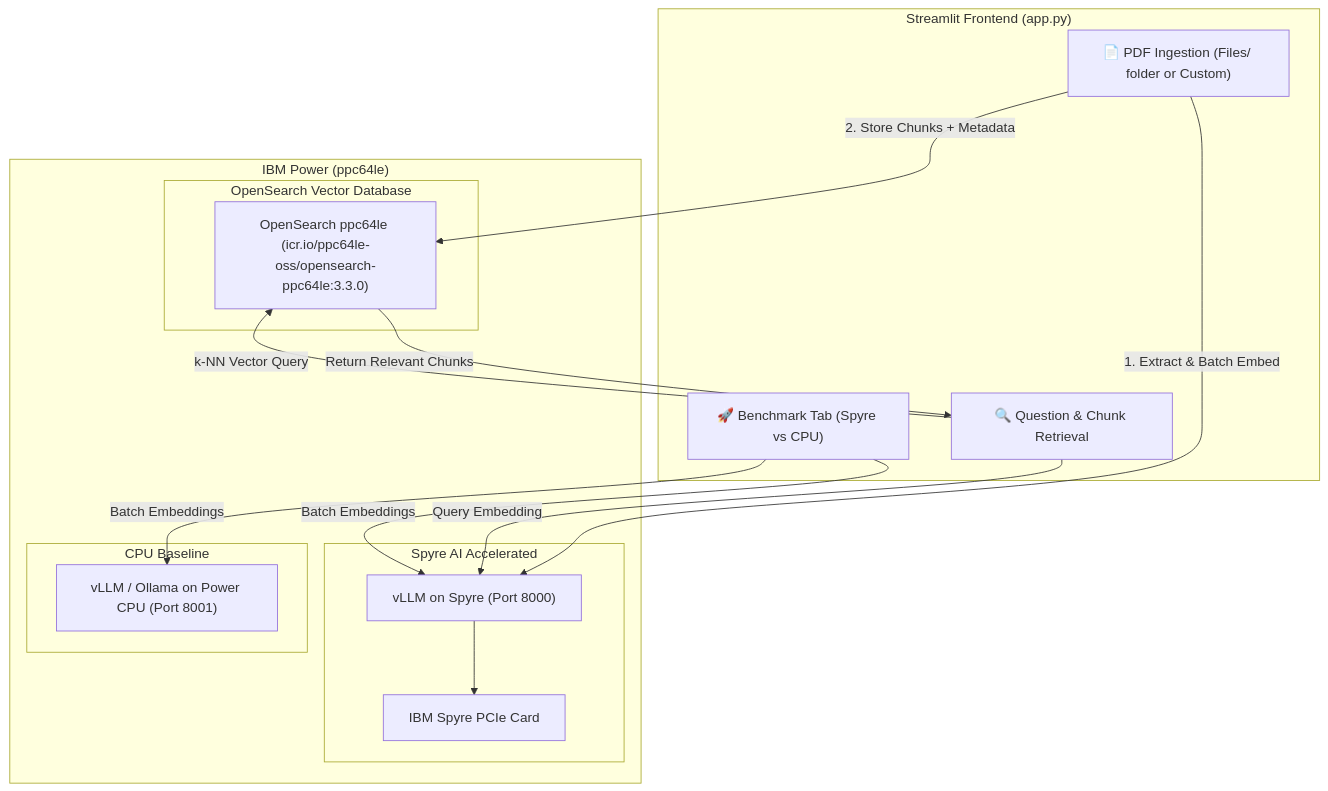
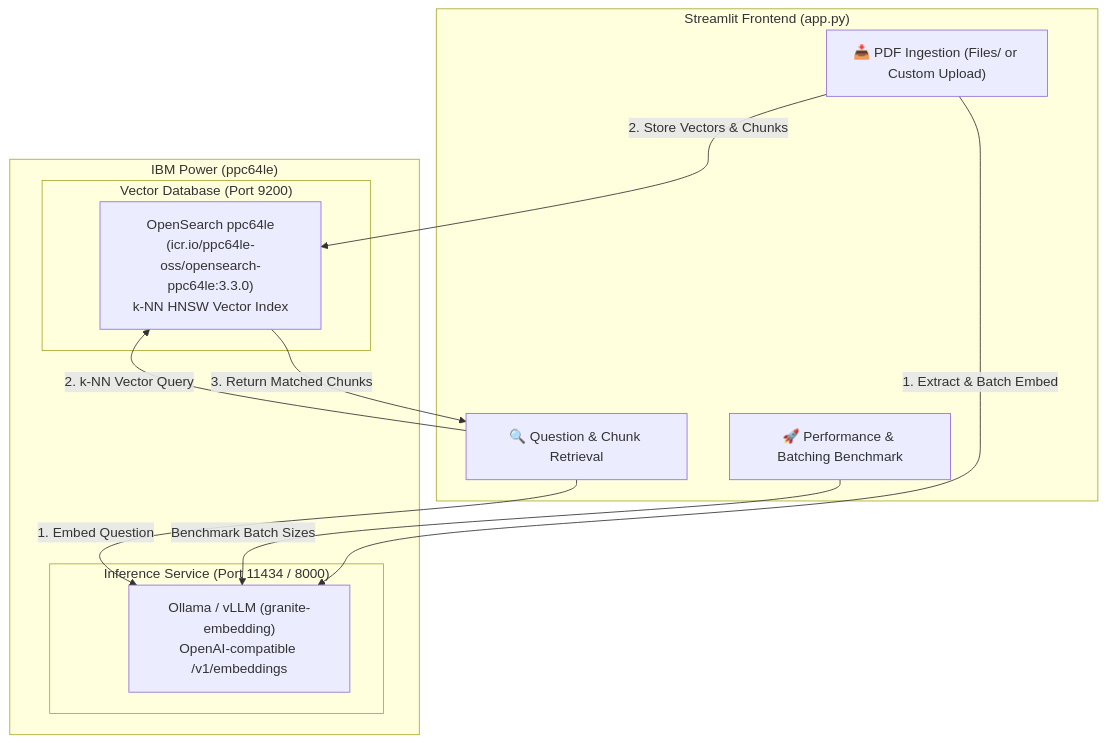
One commit to HenrikMader/embedding-spyre changed the diagram in README.md. Above: the diagram before and after it, drawn with Mermaid. The commit also changed other lines of this file and 1 other file, not shown here.

````diff
--- a/README.md
+++ b/README.md
@@ -17,32 +17,25 @@
 ```mermaid
 flowchart TD
     subgraph UI["Streamlit Frontend (app.py)"]
-        PDF["📄 PDF Ingestion (Files/ folder or Custom)"]
-        Bench["🚀 Benchmark Tab (Spyre vs CPU)"]
+        Ingest["📥 PDF Ingestion (Files/ or Custom Upload)"]
         Search["🔍 Question & Chunk Retrieval"]
+        Bench["🚀 Performance & Batching Benchmark"]
     end
 
     subgraph PowerHost["IBM Power (ppc64le)"]
-        subgraph Accelerated["Spyre AI Accelerated"]
-            SpyreVLLM["vLLM on Spyre (Port 8000)"]
-            SpyreCard["IBM Spyre PCIe Card"]
-            SpyreVLLM --> SpyreCard
+        subgraph Inference["Inference Service (Port 11434 / 8000)"]
+            Ollama["Ollama / vLLM (granite-embedding)<br/>OpenAI-compatible /v1/embeddings"]
         end
 
-        subgraph Baseline["CPU Baseline"]
-            CPUVLLM["vLLM / Ollama on Power CPU (Port 8001)"]
-        end
-
-        subgraph VectorStore["OpenSearch Vector Database"]
-            OS["OpenSearch ppc64le (icr.io/ppc64le-oss/opensearch-ppc64le:3.3.0)"]
+        subgraph VectorStore["Vector Database (Port 9200)"]
+            OS["OpenSearch ppc64le<br/>(icr.io/ppc64le-oss/opensearch-ppc64le:3.3.0)<br/>k-NN HNSW Vector Index"]
         end
     end
 
-    PDF -->|1. Extract & Batch Embed| SpyreVLLM
-    PDF -->|2. Store Chunks + Metadata| OS
-    Bench -->|Batch Embeddings| SpyreVLLM
-    Bench -->|Batch Embeddings| CPUVLLM
-    Search -->|Query Embedding| SpyreVLLM
-    Search -->|k-NN Vector Query| OS
-    OS -->|Return Relevant Chunks| Search
+    Ingest -->|1. Extract & Batch Embed| Ollama
+    Ingest -->|2. Store Vectors & Chunks| OS
+    Search -->|1. Embed Question| Ollama
+    Search -->|2. k-NN Vector Query| OS
+    OS -->|3. Return Matched Chunks| Search
+    Bench -->|Benchmark Batch Sizes| Ollama
 ```
````
